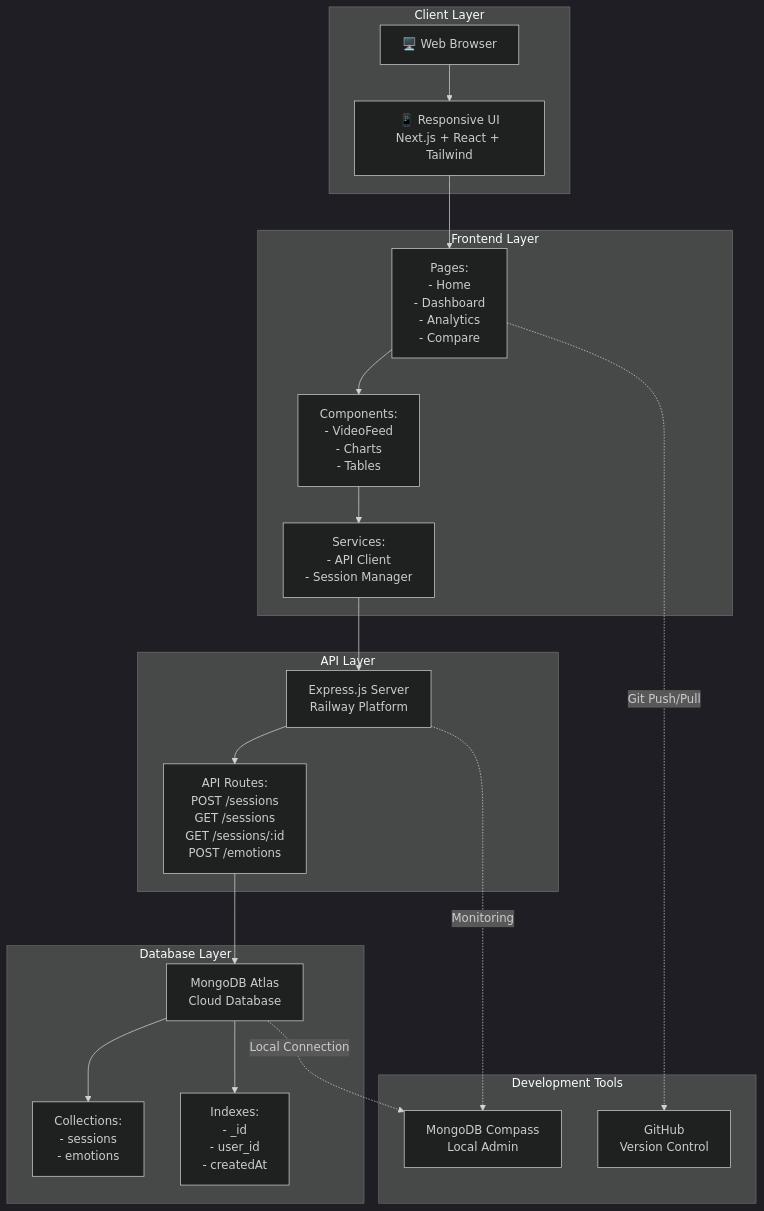
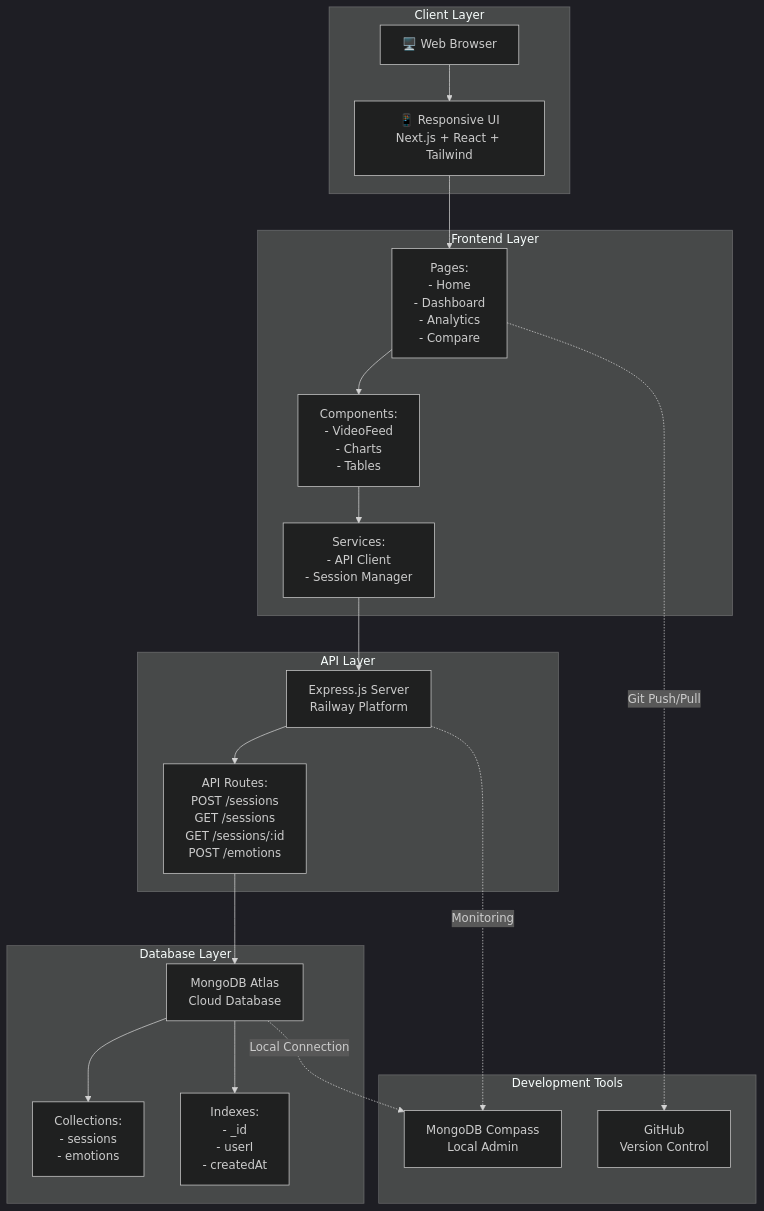
The first of 9 diagrams in SCP2_LAPORAN.md (haikaldummy666-hue/face-rec), drawn with Mermaid (dark theme) before and after one commit. The commit also changed other lines of this file, not shown here.

````diff
--- a/SCP2_LAPORAN.md
+++ b/SCP2_LAPORAN.md
@@ -324,42 +324,42 @@
 ```mermaid
 graph TB
     subgraph "Client Layer"
         A1["🖥️ Web Browser"]
         A2["📱 Responsive UI<br/>Next.js + React + Tailwind"]
     end
     
     subgraph "Frontend Layer"
         B1["Pages:<br/>- Home<br/>- Dashboard<br/>- Analytics<br/>- Compare"]
         B2["Components:<br/>- VideoFeed<br/>- Charts<br/>- Tables"]
         B3["Services:<br/>- API Client<br/>- Session Manager"]
     end
     
     subgraph "API Layer"
         C1["Express.js Server<br/>Railway Platform"]
         C2["API Routes:<br/>POST /sessions<br/>GET /sessions<br/>GET /sessions/:id<br/>POST /emotions"]
     end
     
     subgraph "Database Layer"
         D1["MongoDB Atlas<br/>Cloud Database"]
         D2["Collections:<br/>- sessions<br/>- emotions"]
-        D3["Indexes:<br/>- _id<br/>- user_id<br/>- createdAt"]
+        D3["Indexes:<br/>- _id<br/>- userI<br/>- createdAt"]
     end
     
     subgraph "Development Tools"
         E1["MongoDB Compass<br/>Local Admin"]
         E2["GitHub<br/>Version Control"]
     end
     
     A1 --> A2
     A2 --> B1
     B1 --> B2
     B2 --> B3
     B3 --> C1
     C1 --> C2
     C2 --> D1
     D1 --> D2
     D1 --> D3
     D1 -.->|Local Connection| E1
     B1 -.->|Git Push/Pull| E2
     C1 -.->|Monitoring| E1
 ```
````
